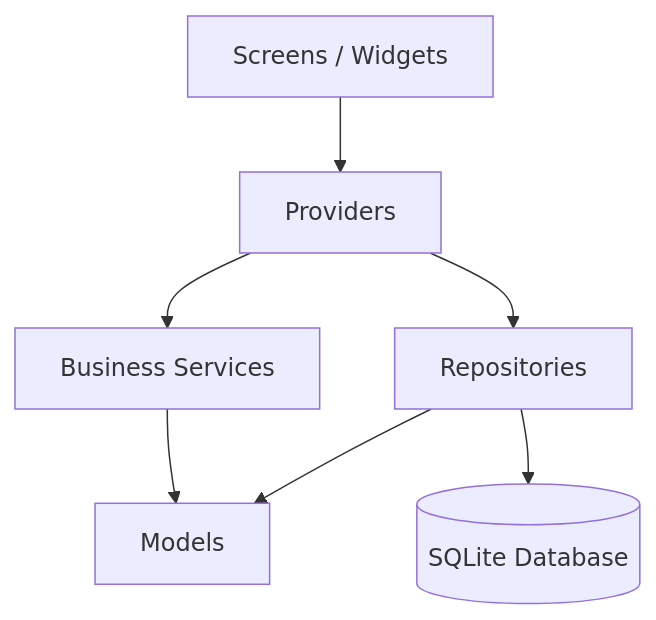
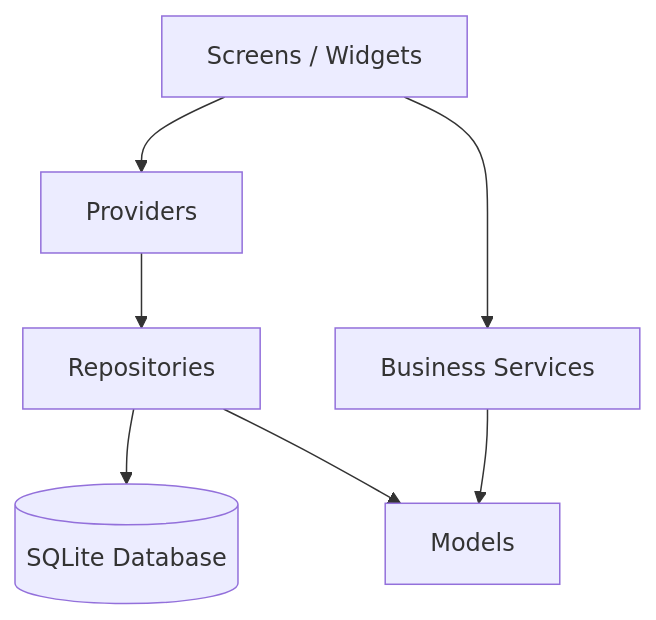
Before and after one commit to KlugeJuliano/motofinance: the diagram in README.md, drawn with Mermaid. The commit also changed 13 other files, not shown here.

````diff
--- a/README.md
+++ b/README.md
@@ -91,9 +91,9 @@
 ```mermaid
 flowchart TD
     UI[Screens / Widgets] --> STATE[Providers]
-    STATE --> SERVICE[Business Services]
+    UI --> SERVICE[Business Services]
     STATE --> REPO[Repositories]
     SERVICE --> MODEL[Models]
     REPO --> DB[(SQLite Database)]
     REPO --> MODEL
 ```
````
